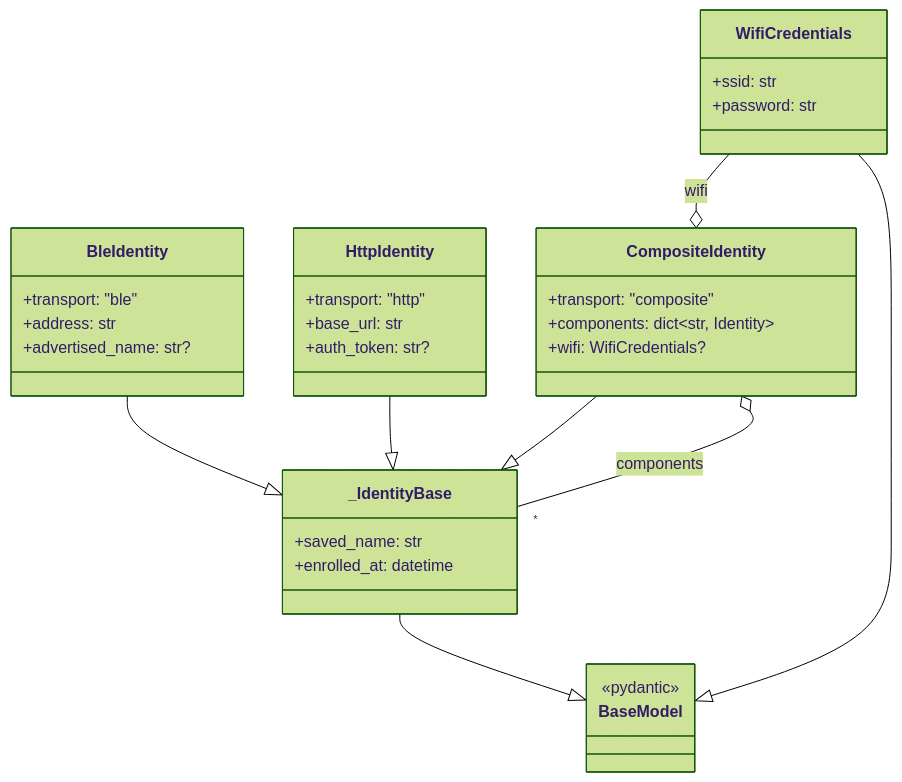
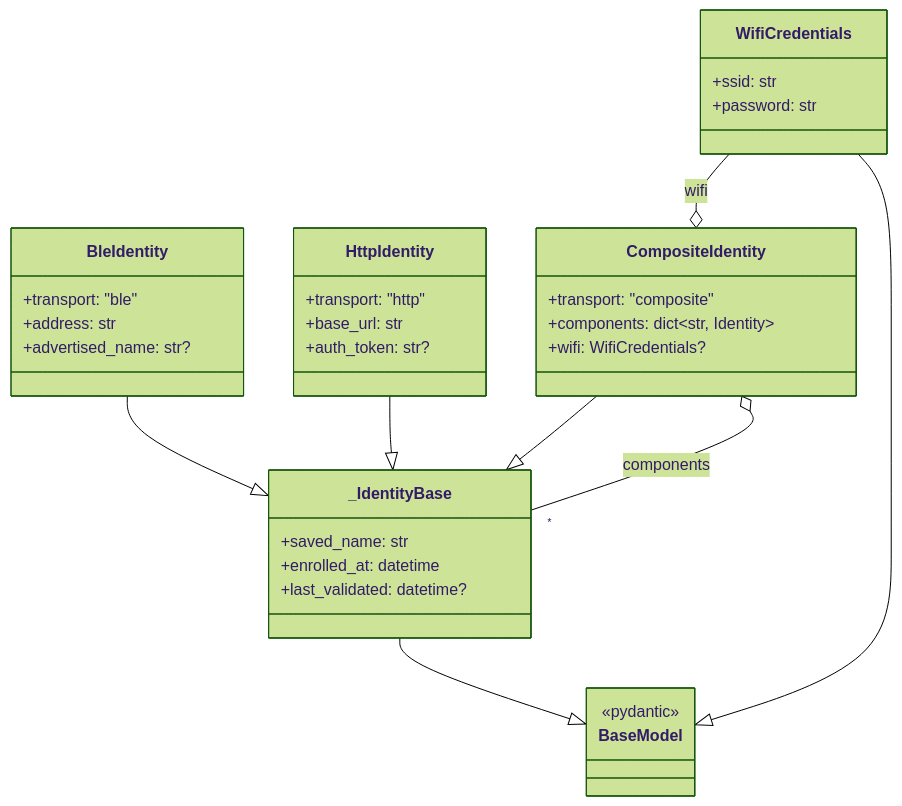
Before and after one commit to jugglingbear/kandra: the diagram in docs/concepts/identity.md, drawn with Mermaid (forest theme). The commit also changed 2 other files, not shown here.

Commit message:
docs: document credential staleness and re-enrollment
- Add a Credential Staleness & Re-Enrollment section to the lifecycle concept page covering IdentityStaleError
 detection on HTTP and BLE, the lazy-open nuance, and re_enroll / connect on_stale / last_validated usage.
- Show last_validated on the _IdentityBase diagram in the identity concept page.
- Reframe the M10 roadmap card as In progress, splitting shipped connect-time recovery from the deferred
 mid-session auto-refresh follow-on, and restore the In-progress legend entry.

````diff
--- a/docs/concepts/identity.md
+++ b/docs/concepts/identity.md
@@ -12,39 +12,40 @@
 ```{mermaid}
 classDiagram
     direction BT
 
     class BaseModel {
         <<pydantic>>
     }
     class _IdentityBase {
         +saved_name: str
         +enrolled_at: datetime
+        +last_validated: datetime?
     }
     class BleIdentity {
         +transport: "ble"
         +address: str
         +advertised_name: str?
     }
     class HttpIdentity {
         +transport: "http"
         +base_url: str
         +auth_token: str?
     }
     class CompositeIdentity {
         +transport: "composite"
         +components: dict~str, Identity~
         +wifi: WifiCredentials?
     }
     class WifiCredentials {
         +ssid: str
         +password: str
     }
 
     BaseModel <|-- _IdentityBase
     _IdentityBase <|-- BleIdentity
     _IdentityBase <|-- HttpIdentity
     _IdentityBase <|-- CompositeIdentity
     BaseModel <|-- WifiCredentials
     CompositeIdentity o-- WifiCredentials : wifi
     CompositeIdentity o-- "*" _IdentityBase : components
 ```
````
